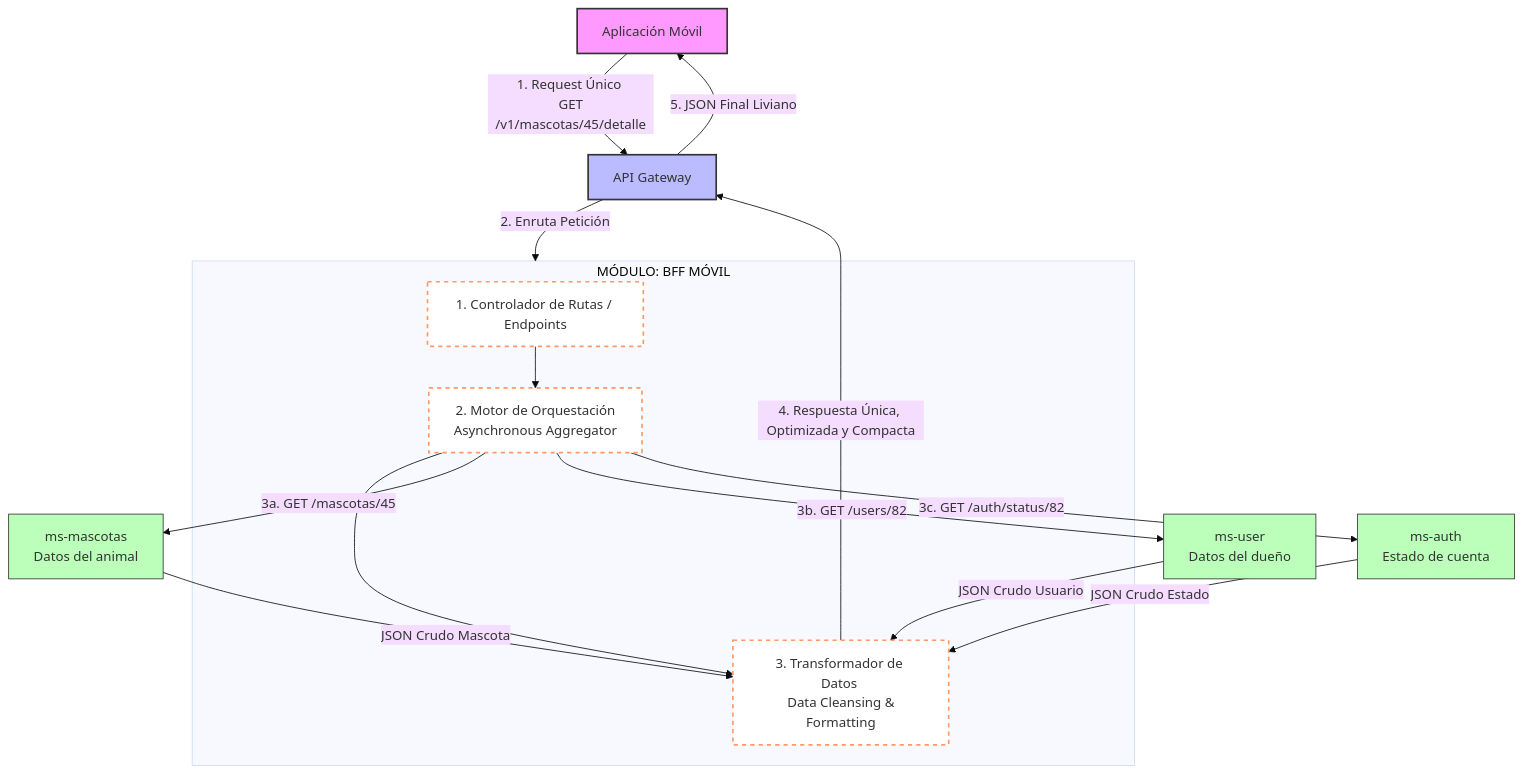
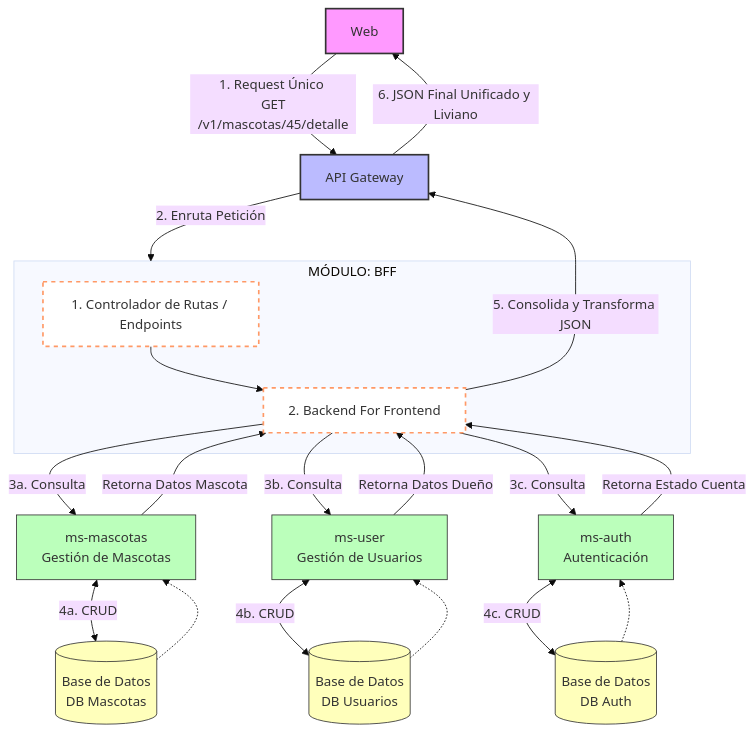
Before and after one commit to felipesalazar24/proyecto_sanos_y_salvos: the diagram in docs/diagrama-bff.md, drawn with Mermaid (base theme).

Commit message:
Actualizar el diagrama BFF con nuevos componentes y flujo.

````diff
--- a/docs/diagrama-bff.md
+++ b/docs/diagrama-bff.md
@@ -1,37 +1,41 @@
 ```mermaid
 graph TD
     %% Estilos de los Nodos
     classDef client fill:#f9f,stroke:#333,stroke-width:2px;
     classDef gateway fill:#bbf,stroke:#333,stroke-width:2px;
     classDef bff fill:#f96,stroke:#333,stroke-width:2px;
     classDef ms fill:#bfb,stroke:#333,stroke-width:1px;
+    classDef db fill:#ffb,stroke:#333,stroke-width:1px;
     classDef bff_int fill:#fff,stroke:#f96,stroke-width:2px,stroke-dasharray: 5 5;
 
     %% Cliente y Gateway externo
-    Client[Aplicación Móvil]:::client -->|1. Request Único <br> GET /v1/mascotas/45/detalle| Gateway[API Gateway]:::gateway
+    Client[Web]:::client -->|1. Request Único <br> GET /v1/mascotas/45/detalle| Gateway[API Gateway]:::gateway
     Gateway -->|2. Enruta Petición| BFF_Box
 
     %% ZOOM INTERNO AL BFF
-    subgraph BFF_Box [MÓDULO: BFF MÓVIL]
+    subgraph BFF_Box [MÓDULO: BFF ]
         Direction[1. Controlador de Rutas / Endpoints]:::bff_int
-        Orchestrator[2. Motor de Orquestación <br> Asynchronous Aggregator]:::bff_int
-        Transformer[3. Transformador de Datos <br> Data Cleansing & Formatting]:::bff_int
+        Orchestrator[2. Backend For Frontend]:::bff_int
         
         Direction --> Orchestrator
-        Orchestrator --> Transformer
     end
 
-    %% Llamadas concurrentes internas (Red local de alta velocidad)
-    Orchestrator -->|3a. GET /mascotas/45| MS_Mascotas[ms-mascotas <br> Datos del animal]:::ms
-    Orchestrator -->|3b. GET /users/82| MS_User[ms-user <br> Datos del dueño]:::ms
-    Orchestrator -->|3c. GET /auth/status/82| MS_Auth[ms-auth <br> Estado de cuenta]:::ms
+    %% Llamadas concurrentes desde el BFF a los Microservicios
+    Orchestrator -->|3a. Consulta| MS_Mascotas[ms-mascotas <br> Gestión de Mascotas]:::ms
+    Orchestrator -->|3b. Consulta| MS_User[ms-user <br> Gestión de Usuarios]:::ms
+    Orchestrator -->|3c. Consulta| MS_Auth[ms-auth <br> Autenticación]:::ms
 
-    %% Respuestas crudas que vuelven al BFF
-    MS_Mascotas -->|JSON Crudo Mascota| Transformer
-    MS_User -->|JSON Crudo Usuario| Transformer
-    MS_Auth -->|JSON Crudo Estado| Transformer
+    %% Cada microservicio con su Base de Datos Independiente (Database per Service)
+    MS_Mascotas <-->|4a. CRUD| DB_Mascotas[(Base de Datos <br> DB Mascotas)]:::db
+    MS_User <-->|4b. CRUD| DB_User[(Base de Datos <br> DB Usuarios)]:::db
+    MS_Auth <-->|4c. CRUD| DB_Auth[(Base de Datos <br> DB Auth)]:::db
 
-    %% Respuesta optimizada de salida
-    Transformer -->|4. Respuesta Única, Optimizada y Compacta| Gateway
-    Gateway -->|5. JSON Final Liviano| Client
+    %% Respuestas independientes que vuelven al BFF para ser unificadas
+    DB_Mascotas -.-> MS_Mascotas -->|Retorna Datos Mascota| Orchestrator
+    DB_User -.-> MS_User -->|Retorna Datos Dueño| Orchestrator
+    DB_Auth -.-> MS_Auth -->|Retorna Estado Cuenta| Orchestrator
+
+    %% Respuesta optimizada de salida desde el BFF
+    Orchestrator -->|5. Consolida y Transforma JSON| Gateway
+    Gateway -->|6. JSON Final Unificado y Liviano| Client
 ```    
````
